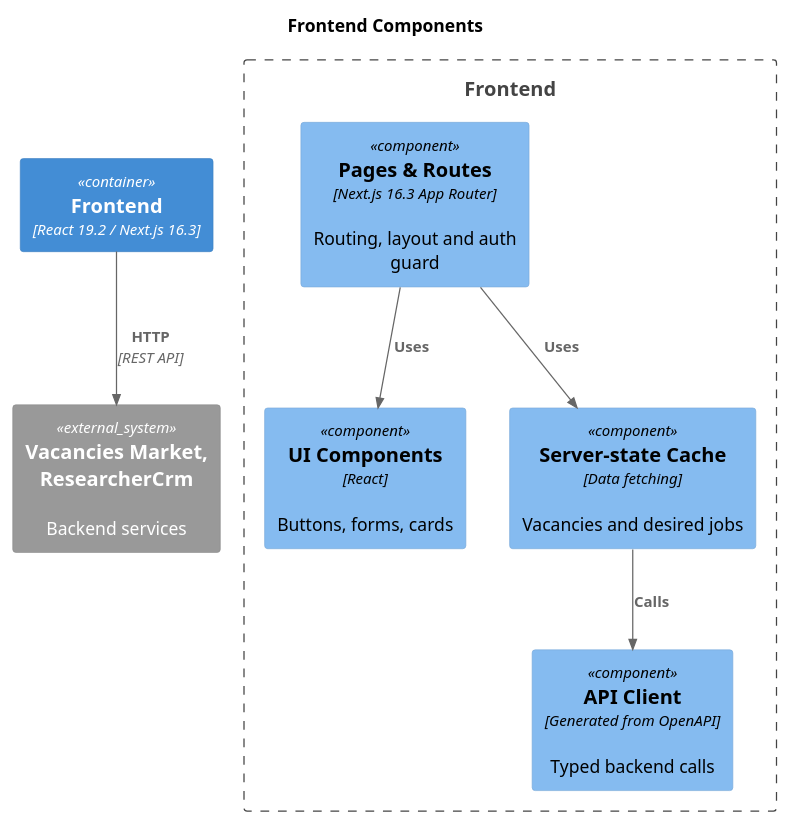
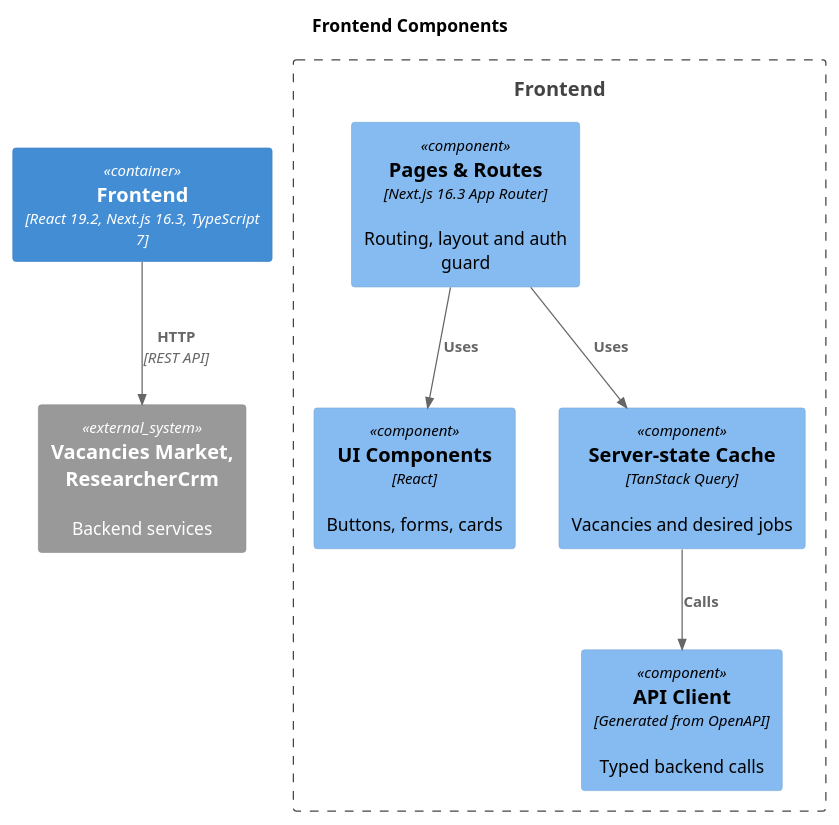
Before and after one commit to AIJobResearcher/docs: the diagram in docs/c4/components-frontend.puml, drawn with PlantUML. The commit also changed 61 other files, not shown here.

```diff
--- a/docs/c4/components-frontend.puml
+++ b/docs/c4/components-frontend.puml
@@ -1,23 +1,23 @@
 @startuml
 !include https://raw.githubusercontent.com/plantuml-stdlib/C4-PlantUML/master/C4_Component.puml
 
 title Frontend Components
 
-Container(frontend, "Frontend", "React 19.2 / Next.js 16.3")
+Container(frontend, "Frontend", "React 19.2, Next.js 16.3, TypeScript 7")
 
 Boundary(frontend_boundary, "Frontend") {
     Component(pages, "Pages & Routes", "Next.js 16.3 App Router", "Routing, layout and auth guard")
     Component(components, "UI Components", "React", "Buttons, forms, cards")
-    Component(server_state, "Server-state Cache", "Data fetching", "Vacancies and desired jobs")
+    Component(server_state, "Server-state Cache", "TanStack Query", "Vacancies and desired jobs")
     Component(api_client, "API Client", "Generated from OpenAPI", "Typed backend calls")
 
     Rel(pages, components, "Uses")
     Rel(pages, server_state, "Uses")
     Rel(server_state, api_client, "Calls")
 }
 
 System_Ext(backend, "Vacancies Market, ResearcherCrm", "Backend services")
 
 Rel(frontend, backend, "HTTP", "REST API")
 
 @enduml
```
